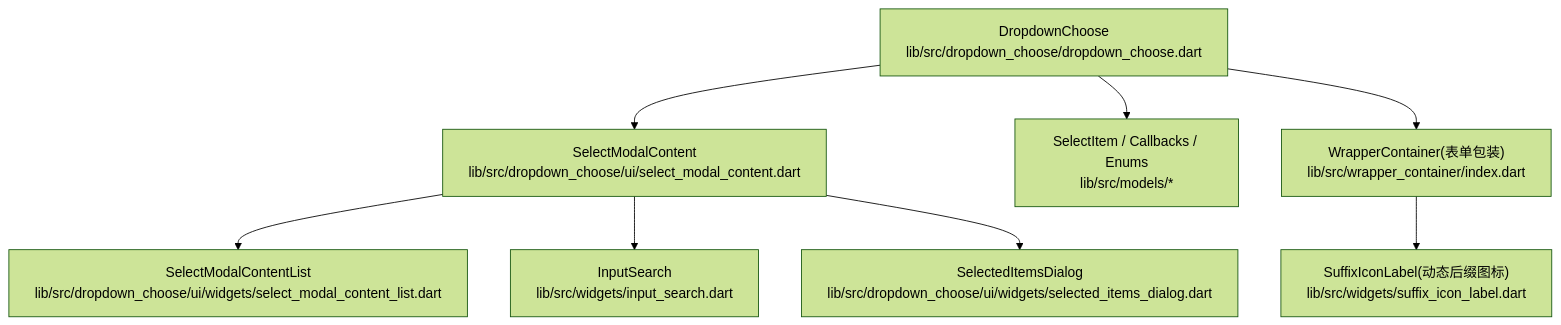
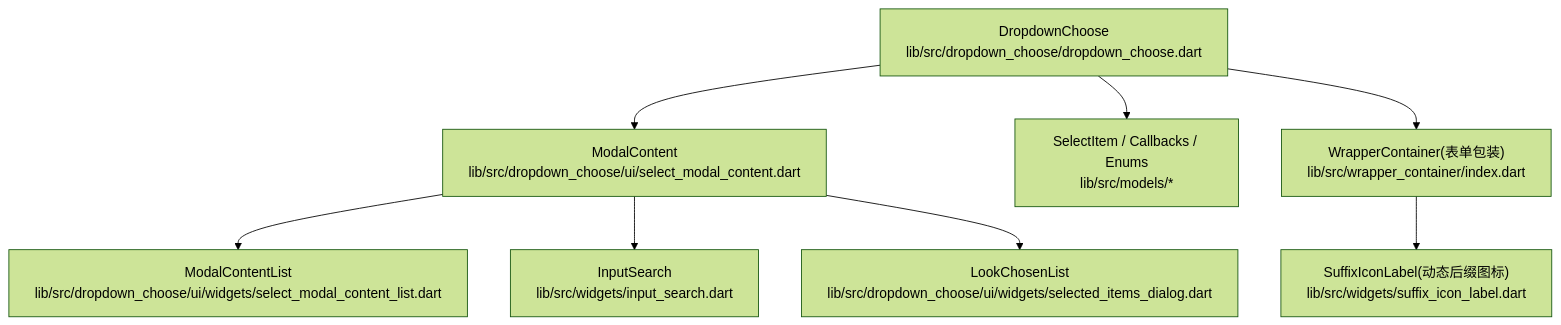
Before and after one commit to yuzhido/lite-ui: the first of 3 diagrams in .qoder/repowiki/zh/content/API 参考/高级组件 API/DropdownChoose 下拉选择器 API.md, drawn with Mermaid (forest theme). The commit also changed other lines of this file and 16 other files, not shown here.

````diff
--- a/.qoder/repowiki/zh/content/API 参考/高级组件 API/DropdownChoose 下拉选择器 API.md
+++ b/.qoder/repowiki/zh/content/API 参考/高级组件 API/DropdownChoose 下拉选择器 API.md
@@ -51,10 +56,10 @@
 ```mermaid
 graph TB
-A["DropdownChoose<br/>lib/src/dropdown_choose/dropdown_choose.dart"] --> B["SelectModalContent<br/>lib/src/dropdown_choose/ui/select_modal_content.dart"]
-B --> C["SelectModalContentList<br/>lib/src/dropdown_choose/ui/widgets/select_modal_content_list.dart"]
+A["DropdownChoose<br/>lib/src/dropdown_choose/dropdown_choose.dart"] --> B["ModalContent<br/>lib/src/dropdown_choose/ui/select_modal_content.dart"]
+B --> C["ModalContentList<br/>lib/src/dropdown_choose/ui/widgets/select_modal_content_list.dart"]
 B --> D["InputSearch<br/>lib/src/widgets/input_search.dart"]
-B --> E["SelectedItemsDialog<br/>lib/src/dropdown_choose/ui/widgets/selected_items_dialog.dart"]
+B --> E["LookChosenList<br/>lib/src/dropdown_choose/ui/widgets/selected_items_dialog.dart"]
 A --> F["SelectItem / Callbacks / Enums<br/>lib/src/models/*"]
 A --> G["WrapperContainer(表单包装)<br/>lib/src/wrapper_container/index.dart"]
 G --> H["SuffixIconLabel(动态后缀图标)<br/>lib/src/widgets/suffix_icon_label.dart"]
 ```
````
